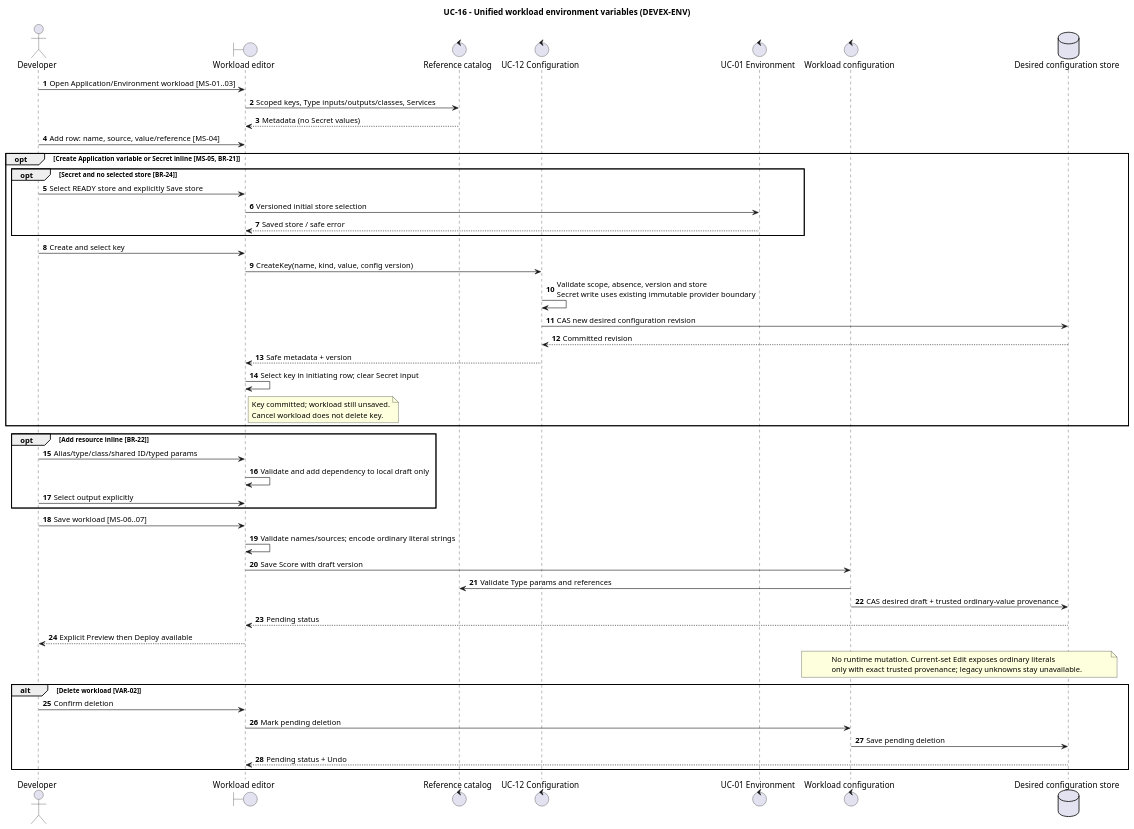
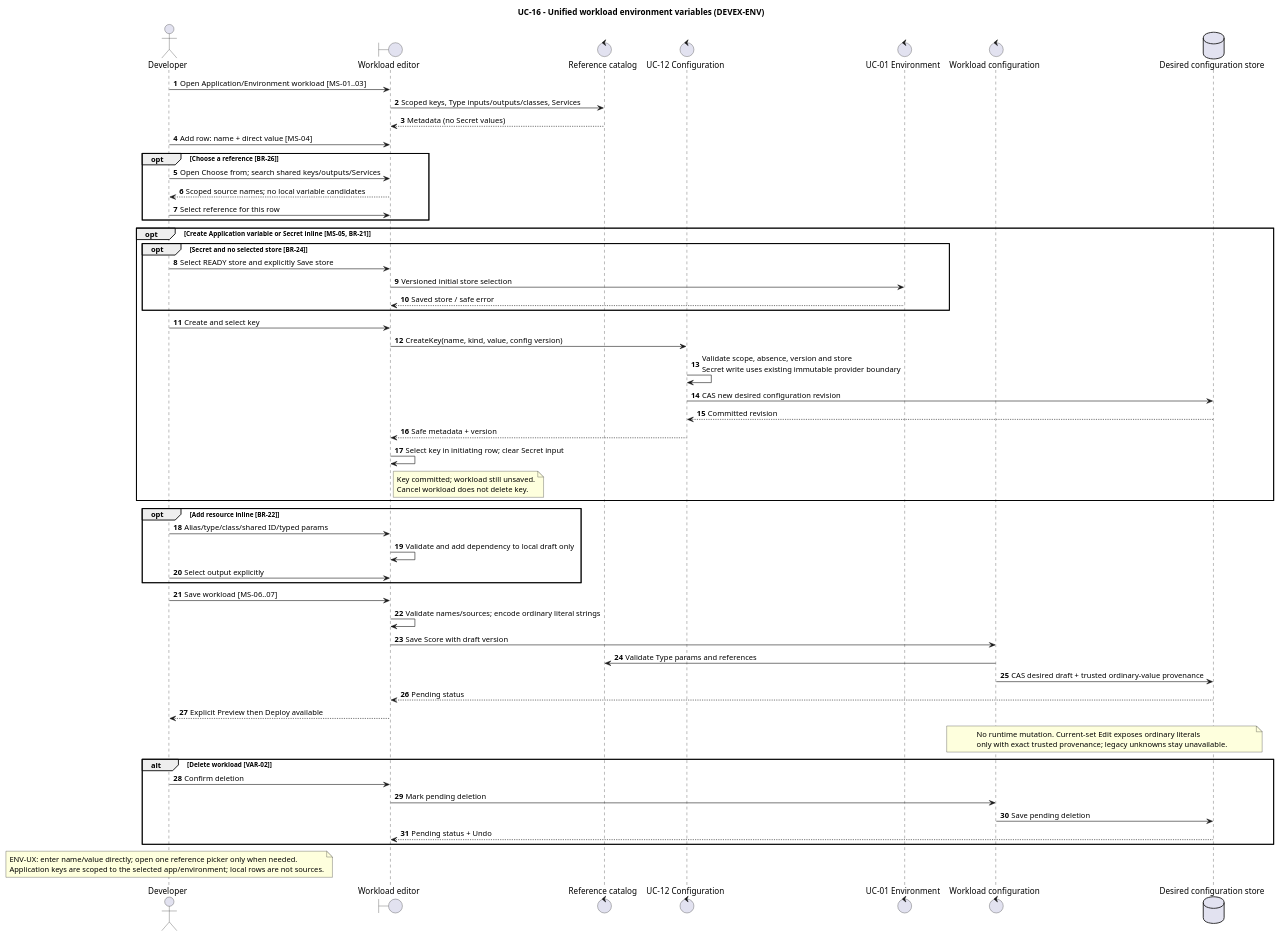
Before and after one commit to pr3s3nt/poc: the diagram in orchestrator_docs/usecase/UC-16/sequence.puml, drawn with PlantUML. The commit also changed 25 other files, not shown here.

```diff
--- a/orchestrator_docs/usecase/UC-16/sequence.puml
+++ b/orchestrator_docs/usecase/UC-16/sequence.puml
@@ -1,56 +1,65 @@
 @startuml
 title UC-16 - Unified workload environment variables (DEVEX-ENV)
 autonumber
 actor Developer as Dev
 boundary "Workload editor" as UI
 control "Reference catalog" as Catalog
 control "UC-12 Configuration" as Keys
 control "UC-01 Environment" as Env
 control "Workload configuration" as Config
 database "Desired configuration store" as Store
 
 Dev -> UI: Open Application/Environment workload [MS-01..03]
 UI -> Catalog: Scoped keys, Type inputs/outputs/classes, Services
 Catalog --> UI: Metadata (no Secret values)
-Dev -> UI: Add row: name, source, value/reference [MS-04]
+Dev -> UI: Add row: name + direct value [MS-04]
+opt Choose a reference [BR-26]
+  Dev -> UI: Open Choose from; search shared keys/outputs/Services
+  UI --> Dev: Scoped source names; no local variable candidates
+  Dev -> UI: Select reference for this row
+end
 opt Create Application variable or Secret inline [MS-05, BR-21]
   opt Secret and no selected store [BR-24]
     Dev -> UI: Select READY store and explicitly Save store
     UI -> Env: Versioned initial store selection
     Env --> UI: Saved store / safe error
   end
   Dev -> UI: Create and select key
   UI -> Keys: CreateKey(name, kind, value, config version)
   Keys -> Keys: Validate scope, absence, version and store\nSecret write uses existing immutable provider boundary
   Keys -> Store: CAS new desired configuration revision
   Store --> Keys: Committed revision
   Keys --> UI: Safe metadata + version
   UI -> UI: Select key in initiating row; clear Secret input
   note right of UI
     Key committed; workload still unsaved.
     Cancel workload does not delete key.
   end note
 end
 opt Add resource inline [BR-22]
   Dev -> UI: Alias/type/class/shared ID/typed params
   UI -> UI: Validate and add dependency to local draft only
   Dev -> UI: Select output explicitly
 end
 Dev -> UI: Save workload [MS-06..07]
 UI -> UI: Validate names/sources; encode ordinary literal strings
 UI -> Config: Save Score with draft version
 Config -> Catalog: Validate Type params and references
 Config -> Store: CAS desired draft + trusted ordinary-value provenance
 Store --> UI: Pending status
 UI --> Dev: Explicit Preview then Deploy available
 note over Config,Store
   No runtime mutation. Current-set Edit exposes ordinary literals
   only with exact trusted provenance; legacy unknowns stay unavailable.
 end note
 alt Delete workload [VAR-02]
   Dev -> UI: Confirm deletion
   UI -> Config: Mark pending deletion
   Config -> Store: Save pending deletion
   Store --> UI: Pending status + Undo
 end
+note over Dev
+ENV-UX: enter name/value directly; open one reference picker only when needed.
+Application keys are scoped to the selected app/environment; local rows are not sources.
+end note
 @enduml
```
